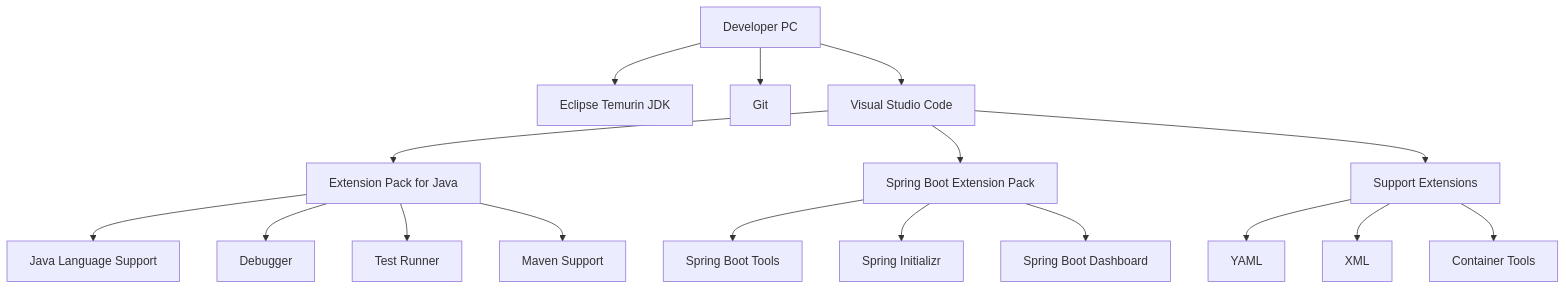
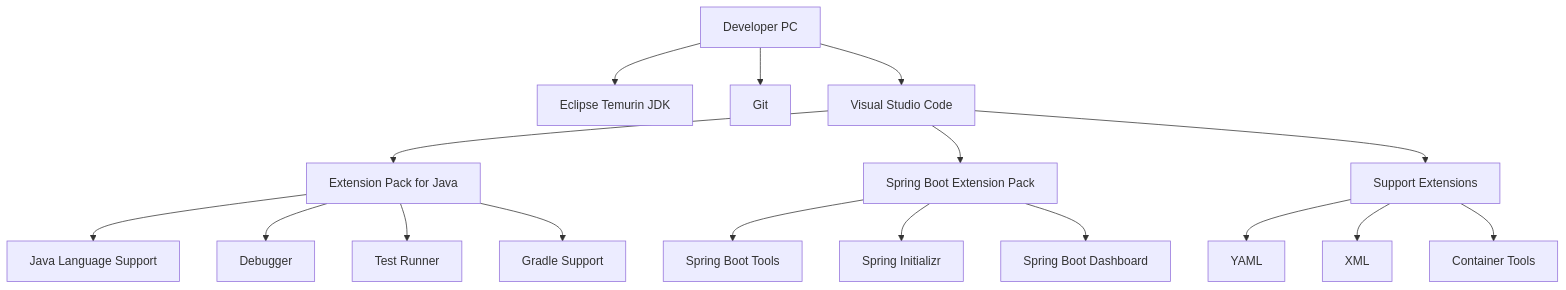
Before and after one commit to Team-Microserver/microserver-docs: the second of 2 diagrams in docs/01_project_start/02_environment/vscode/jdk_workspace_environment_setup.md, drawn with Mermaid. The commit also changed other lines of this file and 30 other files, not shown here.

````diff
--- a/docs/01_project_start/02_environment/vscode/jdk_workspace_environment_setup.md
+++ b/docs/01_project_start/02_environment/vscode/jdk_workspace_environment_setup.md
@@ -395,25 +395,25 @@
 ```mermaid
 flowchart TB
     PC[Developer PC]
 
     PC --> JDK[Eclipse Temurin JDK]
     PC --> GIT[Git]
     PC --> VS[Visual Studio Code]
 
     VS --> JAVA[Extension Pack for Java]
     VS --> SPRING[Spring Boot Extension Pack]
     VS --> SUPPORT[Support Extensions]
 
     JAVA --> LANG[Java Language Support]
     JAVA --> DEBUG[Debugger]
     JAVA --> TEST[Test Runner]
-    JAVA --> MAVEN[Maven Support]
+    JAVA --> GRADLE[Gradle Support]
 
     SPRING --> TOOLS[Spring Boot Tools]
     SPRING --> INIT[Spring Initializr]
     SPRING --> DASH[Spring Boot Dashboard]
 
     SUPPORT --> YAML[YAML]
     SUPPORT --> XML[XML]
     SUPPORT --> CT[Container Tools]
 ```
````
